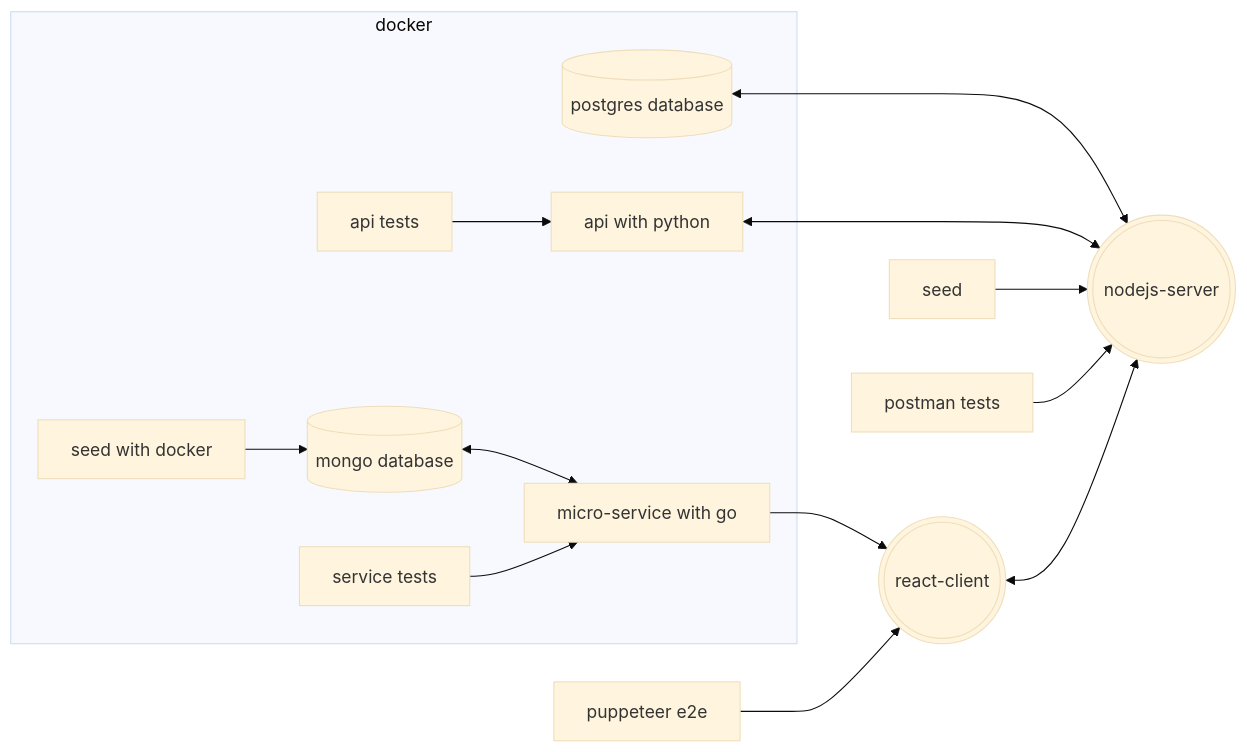
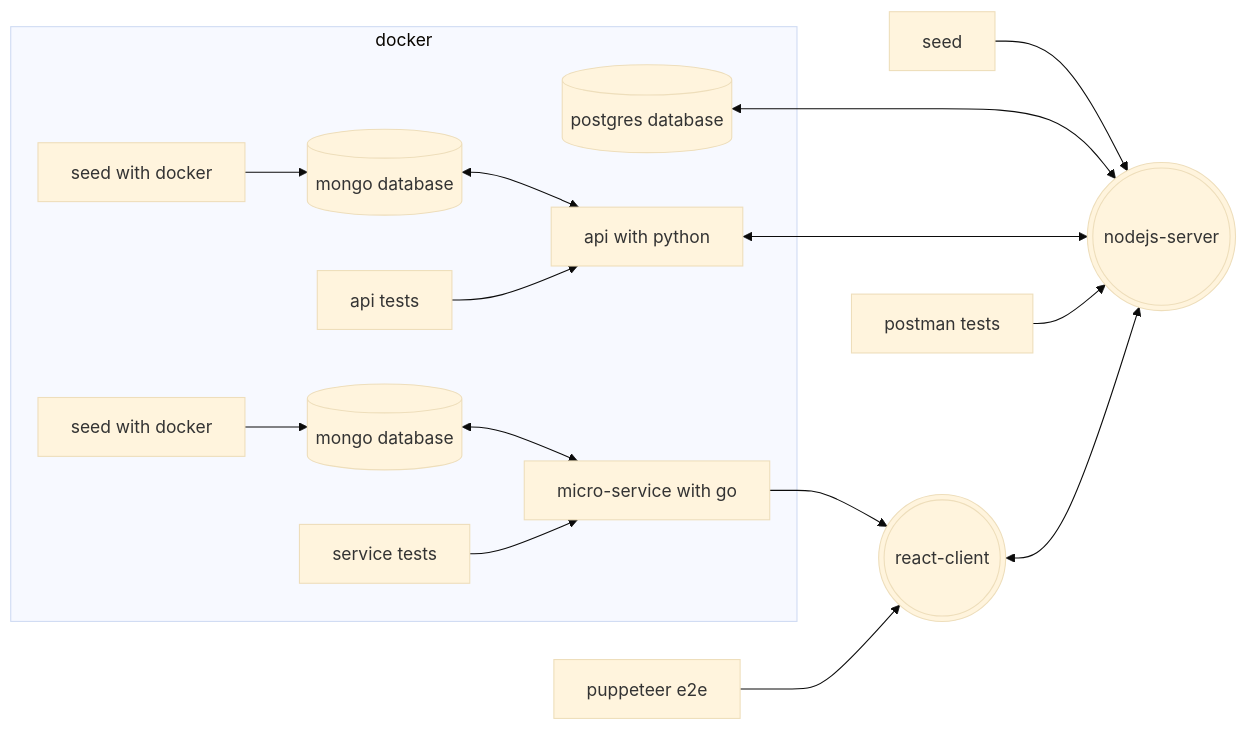
One commit to willemverbuyst/toto-game changed the diagram in README.md. Above: the diagram before and after it, drawn with Mermaid (base theme).

Commit message:
docs: update diagram

````diff
--- a/README.md
+++ b/README.md
@@ -9,32 +9,36 @@
 ```mermaid
 flowchart LR
   A[seed]
   B[(postgres database)]
   C(((nodejs-server)))
   D(((react-client)))
   E[puppeteer e2e]
   F[api with python]
   G[postman tests]
   H[micro-service with go]
   I[(mongo database)]
+  II[(mongo database)]
   J[seed with docker]
+  JJ[seed with docker]
   K[api tests]
   L[service tests]
   subgraph docker
   B
   F
   J
   I
   J-->I
   I<-->H
+  JJ-->II
+  II<-->F
   K-->F
   L-->H
   end
+  A-->C
   B<-->C
   F<-->C
-  A-->C
+  G-->C
   H-->D
   E-->D
-  G-->C
   D<-->C
 ```
````
